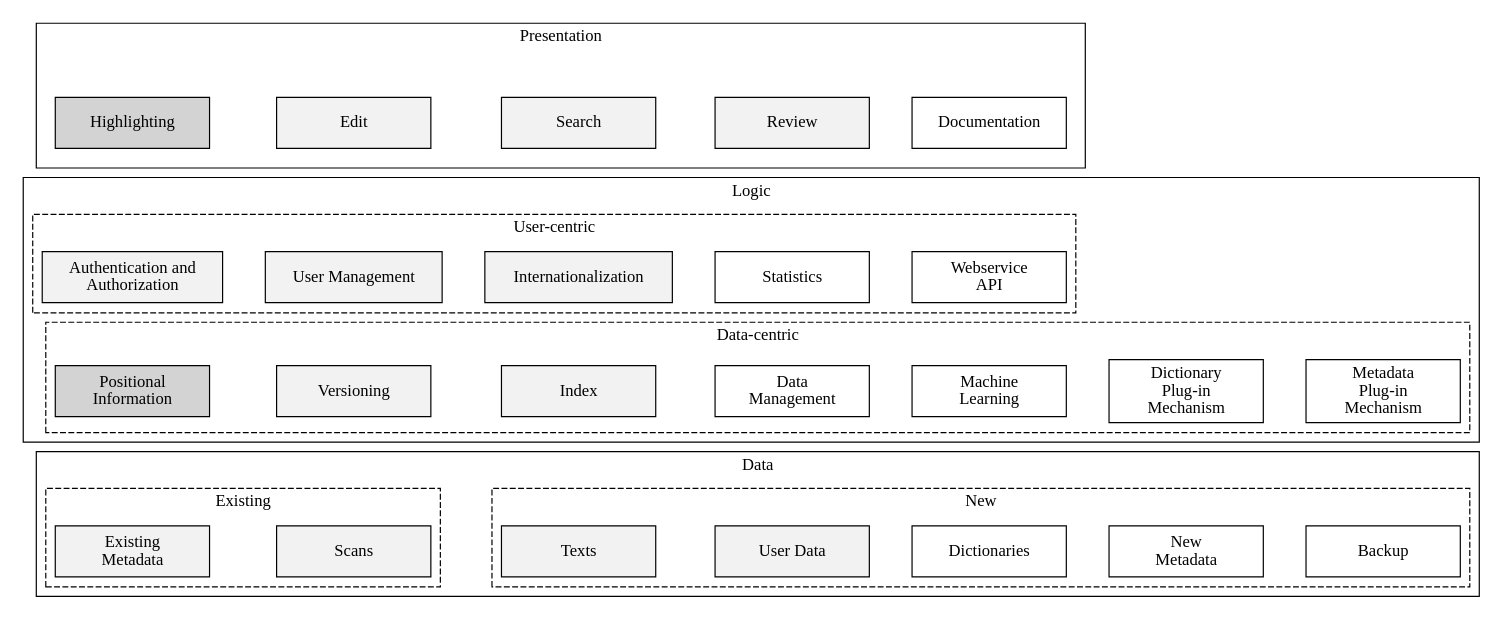
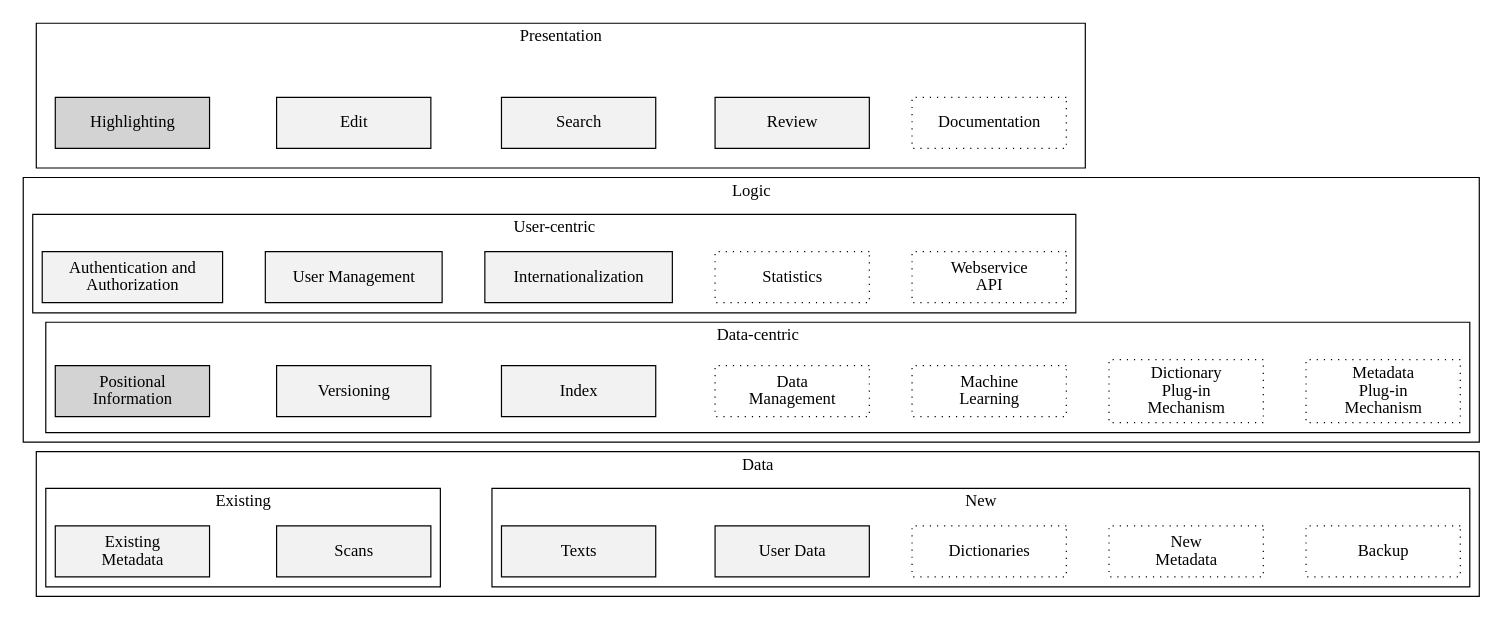
The diagram in de.uni_koeln.ub.drc/doc/architecture_components.dot (fsteeg/drc), drawn with Graphviz before and after one commit. The commit also changed 3 other files, not shown here.

Commit message:
Updated architecture document and component diagram, added image files

```diff
--- a/de.uni_koeln.ub.drc/doc/architecture_components.dot
+++ b/de.uni_koeln.ub.drc/doc/architecture_components.dot
@@ -1,81 +1,81 @@
 /* Work in progress: architecture components diagram */
 digraph drc_architecture_components {
 
   node[shape=box width=1.8 height=0.6 style=filled fillcolor="grey95"]
   rankdir=LR
   
   subgraph cluster_1{
     label="Data"
     
     subgraph cluster_11 {
       label="Existing"
-      style=dashed
+      //style=dotted
       
       existing_meta [label="Existing\nMetadata"]
       scans         [label="Scans"]
       
     } existing_meta->scans[style=invis]
     
     subgraph cluster_12 {
       label="New"
-      style=dashed
+      //style=dotted
       
-      new_meta      [label="New\nMetadata" fillcolor=white]
+      new_meta      [label="New\nMetadata" style=dotted]
       texts         [label="Texts"]
       user_data     [label="User Data"]
-      dictionaries  [label="Dictionaries"  fillcolor=white]
-      backup        [label="Backup" fillcolor=white] 
+      dictionaries  [label="Dictionaries"  style=dotted]
+      backup        [label="Backup" style=dotted] 
       
     } scans->texts->user_data->dictionaries->new_meta->backup[style=invis]
     
     
     
   }
    
   subgraph cluster_2 {
     label="Logic"
     
      subgraph cluster_22 {
       label="User-centric"
-      style=dashed
+      //style=dotted
       
       security              [label="Authentication and\nAuthorization"]
       user_management       [label="User Management"]
-      statistics            [label="Statistics" fillcolor=white]
-      webservice_api        [label="Webservice\nAPI" fillcolor=white]
+      statistics            [label="Statistics" style=dotted]
+      webservice_api        [label="Webservice\nAPI" style=dotted]
       internationalization  [label="Internationalization"]
       
     } security->user_management->internationalization->statistics->webservice_api[style=invis]
     
     subgraph cluster_21 {
       label="Data-centric"
-      style=dashed
+      //style=dotted
       
       positions         [label="Positional\nInformation" fillcolor=lightgrey]
-      plugin_dict       [label="Dictionary\nPlug-in\nMechanism" fillcolor=white]
-      plugin_meta       [label="Metadata\nPlug-in\nMechanism" fillcolor=white]
+      plugin_dict       [label="Dictionary\nPlug-in\nMechanism" style=dotted]
+      plugin_meta       [label="Metadata\nPlug-in\nMechanism" style=dotted]
       index             [label="Index"]
-      machine_learning  [label="Machine\nLearning" fillcolor=white]
+      machine_learning  [label="Machine\nLearning" style=dotted]
       versioning        [label="Versioning"]
-      data_management   [label="Data\nManagement" fillcolor=white]
+      data_management   [label="Data\nManagement" style=dotted]
       
     } positions->versioning->index->data_management->machine_learning->plugin_dict->plugin_meta[style=invis]
     
   }
   
   subgraph cluster_3 {
     label="Presentation"
     
     subgraph cluster_31 {
       style=invis
     
       edit          [label="Edit"]
       search        [label="Search"]
       highlighting  [label="Highlighting" fillcolor=lightgrey]
       review        [label="Review"]
-      documentation [label="Documentation" fillcolor=white]
+      documentation [label="Documentation" style=dotted]
     }
     
   } highlighting->edit->search->review->documentation[style=invis]
   
 }
```
